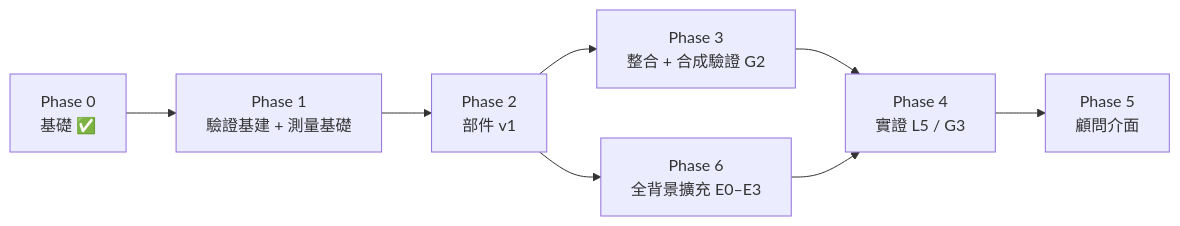
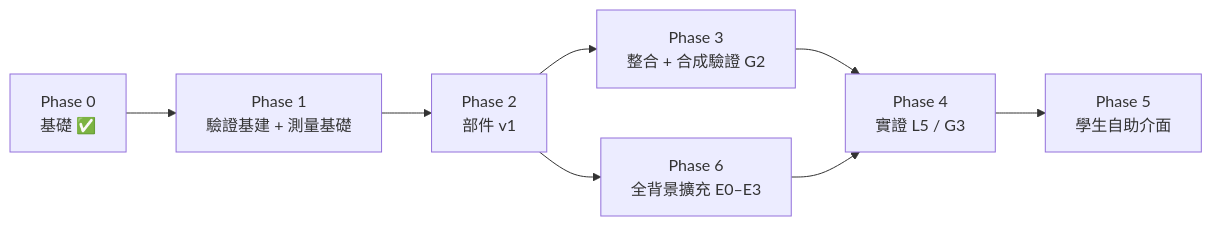
One commit to brianjan98039921106-hue/AI-Studying-Consultant changed the diagram in docs/ROADMAP.md. Above: the diagram before and after it, drawn with Mermaid. The commit also changed other lines of this file and 10 other files, not shown here.

````diff
--- a/docs/ROADMAP.md
+++ b/docs/ROADMAP.md
@@ -18,10 +18,10 @@
 ```mermaid
 flowchart LR
     P0[Phase 0<br/>基礎 ✅] --> P1[Phase 1<br/>驗證基建 + 測量基礎]
     P1 --> P2[Phase 2<br/>部件 v1]
     P2 --> P3[Phase 3<br/>整合 + 合成驗證 G2]
     P3 --> P4[Phase 4<br/>實證 L5 / G3]
-    P4 --> P5[Phase 5<br/>顧問介面]
+    P4 --> P5[Phase 5<br/>學生自助介面]
     P2 --> P6[Phase 6<br/>全背景擴充 E0–E3]
     P6 --> P4
 ```
````
